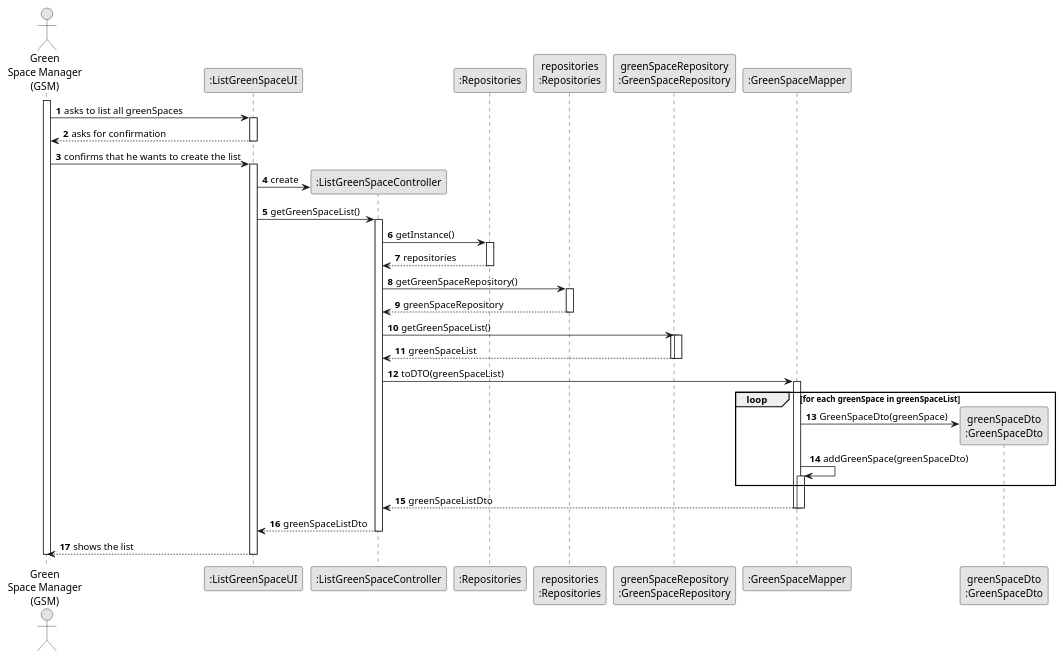
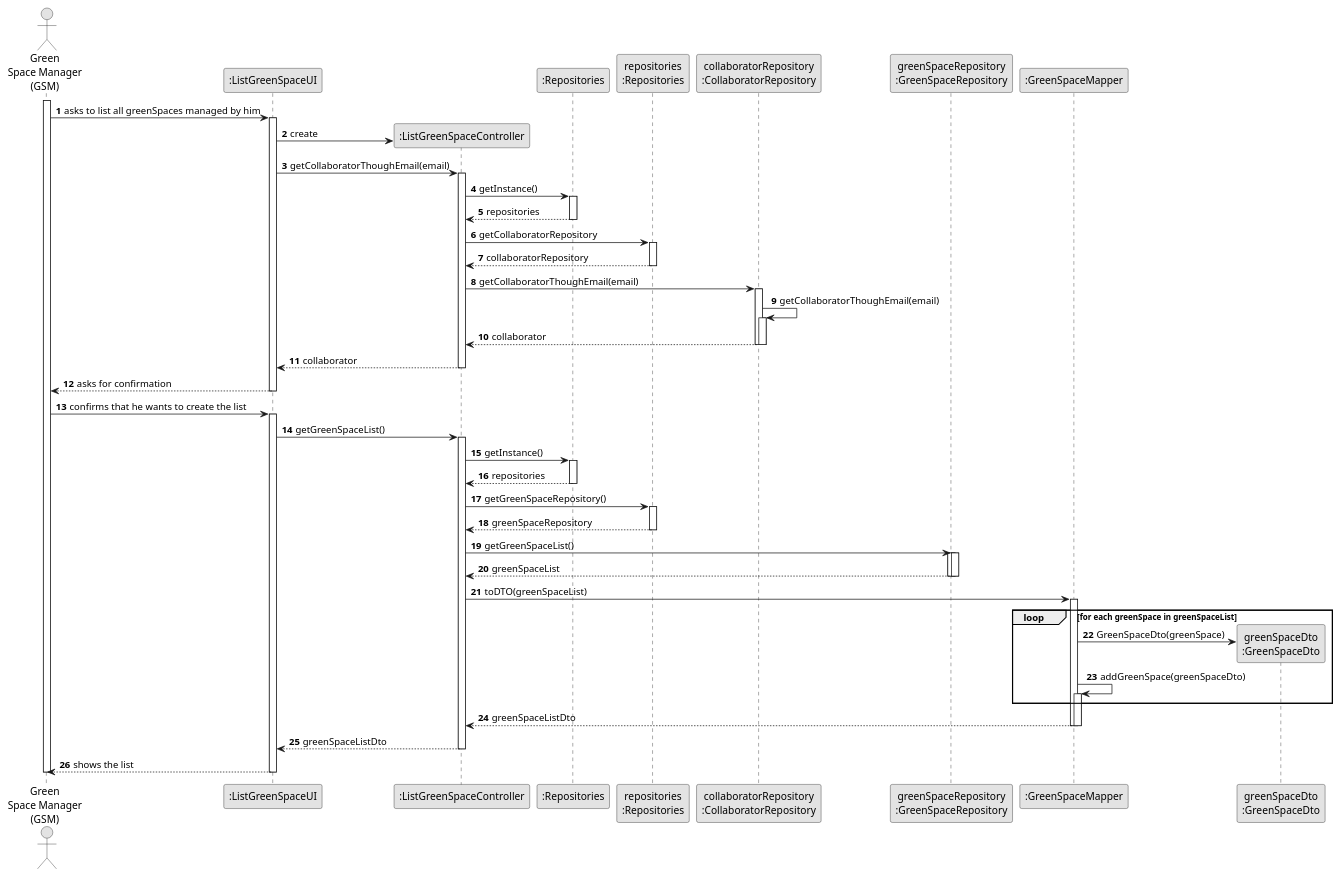
Before and after one commit to diogoveirospro/lei-24-s2-1dg-g072: the diagram in docs/sprintC/us027/03.design/puml/us027-sequence-diagram-full.puml, drawn with PlantUML. The commit also changed 4 other files, not shown here.

```diff
--- a/docs/sprintC/us027/03.design/puml/us027-sequence-diagram-full.puml
+++ b/docs/sprintC/us027/03.design/puml/us027-sequence-diagram-full.puml
@@ -1,86 +1,114 @@
 @startuml
 skinparam monochrome true
 skinparam packageStyle rectangle
 skinparam shadowing false
 
 autonumber
 
 'hide footbox
 actor "Green\nSpace Manager\n(GSM)" as GSM
 participant ":ListGreenSpaceUI" as UI
 participant ":ListGreenSpaceController" as CTRL
 participant ":Repositories" as RepositorySingleton
 participant "repositories\n:Repositories" as REP
+participant "collaboratorRepository\n:CollaboratorRepository" as collaboratorRepository
 participant "greenSpaceRepository\n:GreenSpaceRepository" as greenSpaceRepository
 participant ":GreenSpaceMapper" as Mapper
 participant "greenSpaceDto\n:GreenSpaceDto" as DTO
 
 activate GSM
 
-        GSM -> UI : asks to list all greenSpaces
+        GSM -> UI : asks to list all greenSpaces managed by him
 
         activate UI
+                UI -> CTRL** : create
+                    UI -> CTRL : getCollaboratorThoughEmail(email)
+                        activate CTRL
 
+                        CTRL -> RepositorySingleton : getInstance()
+                            activate RepositorySingleton
+
+                            RepositorySingleton --> CTRL : repositories
+                            deactivate RepositorySingleton
+
+                        CTRL -> REP : getCollaboratorRepository
+                            activate REP
+
+                            REP --> CTRL : collaboratorRepository
+                            deactivate REP
+
+                        CTRL -> collaboratorRepository : getCollaboratorThoughEmail(email)
+                            activate collaboratorRepository
+
+                            collaboratorRepository -> collaboratorRepository : getCollaboratorThoughEmail(email)
+                            activate collaboratorRepository
+
+                            collaboratorRepository --> CTRL : collaborator
+
+                                deactivate collaboratorRepository
+
+                            deactivate collaboratorRepository
+                        CTRL --> UI : collaborator
+                        deactivate CTRL
             UI --> GSM : asks for confirmation
         deactivate UI
             GSM -> UI : confirms that he wants to create the list
         activate UI
 
-            UI -> CTRL** : create
 
             UI -> CTRL : getGreenSpaceList()
             activate CTRL
 
                 CTRL -> RepositorySingleton : getInstance()
                 activate RepositorySingleton
 
                     RepositorySingleton --> CTRL: repositories
                 deactivate RepositorySingleton
 
                 CTRL -> REP : getGreenSpaceRepository()
                 activate REP
 
                     REP --> CTRL: greenSpaceRepository
                 deactivate REP
 
                 CTRL -> greenSpaceRepository : getGreenSpaceList()
 
                 activate greenSpaceRepository
 
                        activate greenSpaceRepository
 
 
 
 
 
 
                         greenSpaceRepository --> CTRL : greenSpaceList
                         deactivate greenSpaceRepository
 
                 deactivate greenSpaceRepository
 
                 deactivate greenSpaceRepository
 
             CTRL -> Mapper : toDTO(greenSpaceList)
             activate Mapper
                     loop for each greenSpace in greenSpaceList
 
                         Mapper -> DTO** : GreenSpaceDto(greenSpace)
 
                         Mapper -> Mapper : addGreenSpace(greenSpaceDto)
                         activate Mapper
                     end
                     Mapper --> CTRL : greenSpaceListDto
                     deactivate Mapper
 
             deactivate Mapper
             CTRL --> UI: greenSpaceListDto
             deactivate CTRL
             UI --> GSM: shows the list
     deactivate UI
 
 deactivate GSM
 
 
 
 @enduml
```
